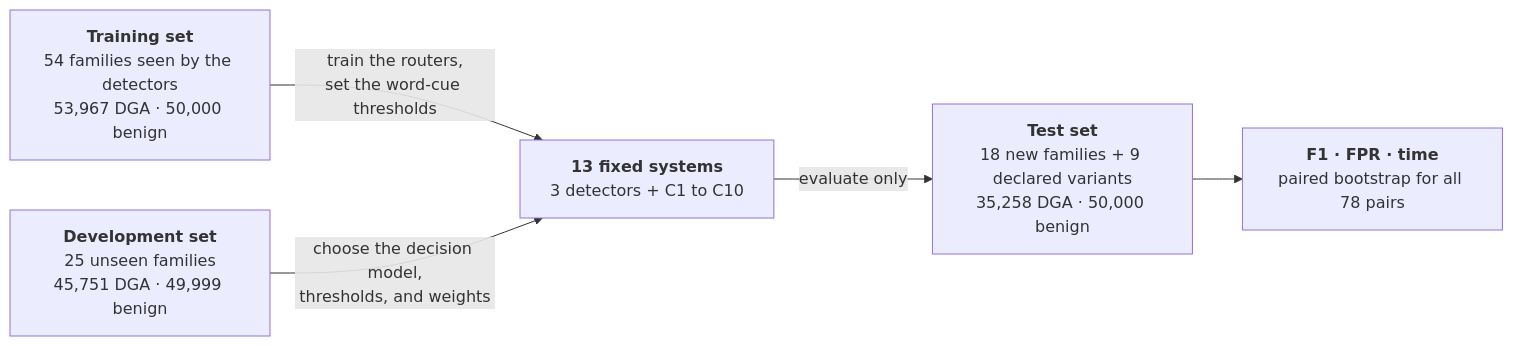
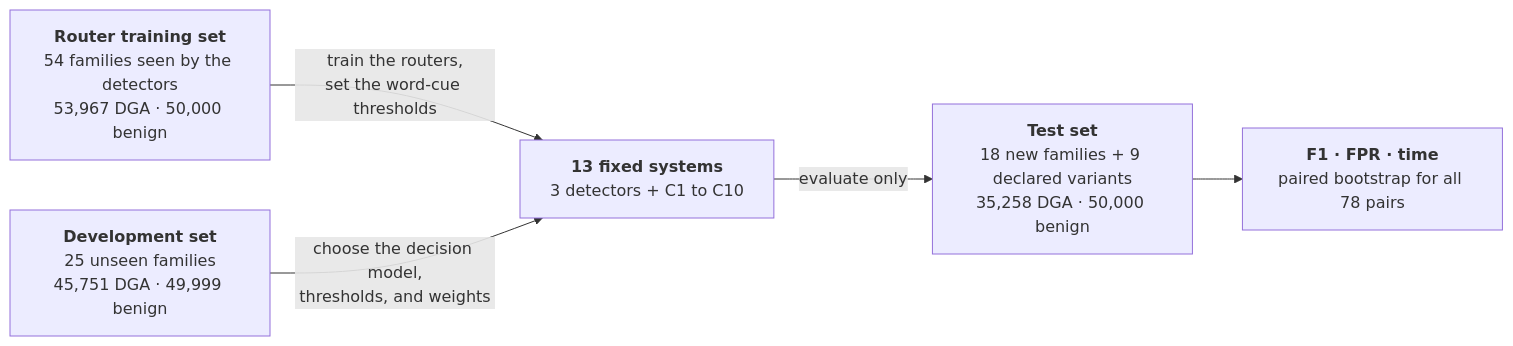
Before and after one commit to reypapin/dga-type-cascades: the diagram in README.md, drawn with Mermaid. The commit also changed other lines of this file and 19 other files, not shown here.

````diff
--- a/README.md
+++ b/README.md
@@ -58,11 +58,11 @@
 ```mermaid
 flowchart LR
-    TR["<b>Training set</b><br/>54 families seen by the detectors<br/>53,967 DGA · 50,000 benign"]
+    TR["<b>Router training set</b><br/>54 families seen by the detectors<br/>53,967 DGA · 50,000 benign"]
     DEV["<b>Development set</b><br/>25 unseen families<br/>45,751 DGA · 49,999 benign"]
     SYS["<b>13 fixed systems</b><br/>3 detectors + C1 to C10"]
     TE["<b>Test set</b><br/>18 new families + 9 declared variants<br/>35,258 DGA · 50,000 benign"]
     EV["<b>F1 · FPR · time</b><br/>paired bootstrap for all 78 pairs"]
     TR -- "train the routers,<br/>set the word-cue thresholds" --> SYS
     DEV -- "choose the decision model,<br/>thresholds, and weights" --> SYS
     SYS -- "evaluate only" --> TE --> EV
 ```
````
